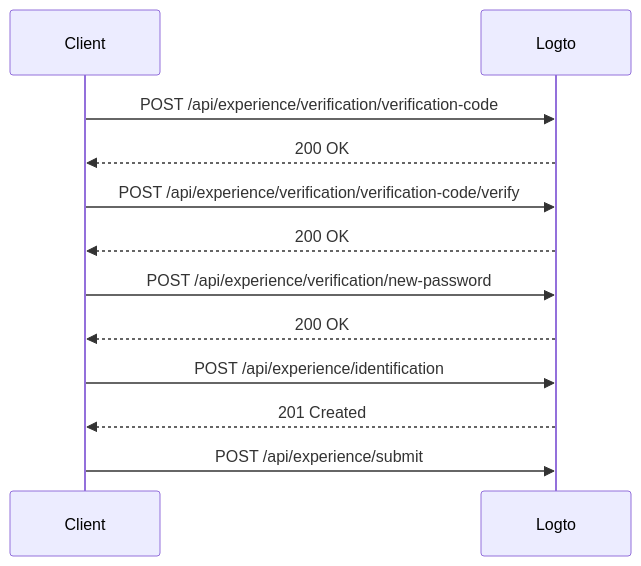
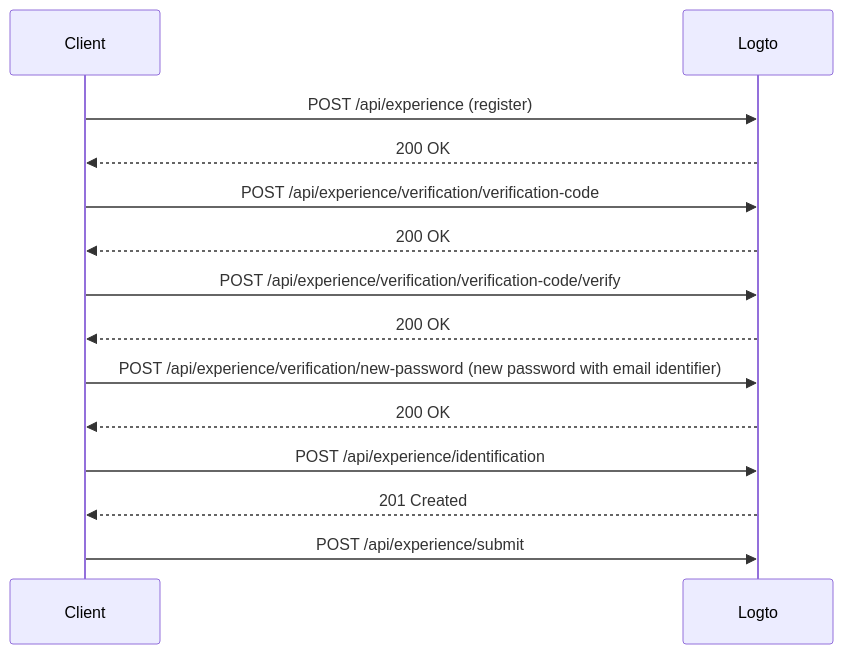
Diagram 14 of 17 in draft/0004-experience-api.md (logto-io/rfcs), drawn with Mermaid before and after one commit. The commit also changed other lines of this file, not shown here.

First line of the commit message:
refactor: update the experience API.

````diff
--- a/draft/0004-experience-api.md
+++ b/draft/0004-experience-api.md
@@ -851,15 +921,17 @@
 ```mermaid
 sequenceDiagram
     participant C as Client
     participant L as Logto
 
+    C->>L: POST /api/experience (register)
+    L-->>C: 200 OK
     C->>L: POST /api/experience/verification/verification-code
     L-->>C: 200 OK
     C->>L: POST /api/experience/verification/verification-code/verify
     L-->>C: 200 OK
-    C->>L: POST /api/experience/verification/new-password
+    C->>L: POST /api/experience/verification/new-password (new password with email identifier)
     L-->>C: 200 OK
     C->>L: POST /api/experience/identification
     L-->>C: 201 Created
     C->>L: POST /api/experience/submit
 ```
````
